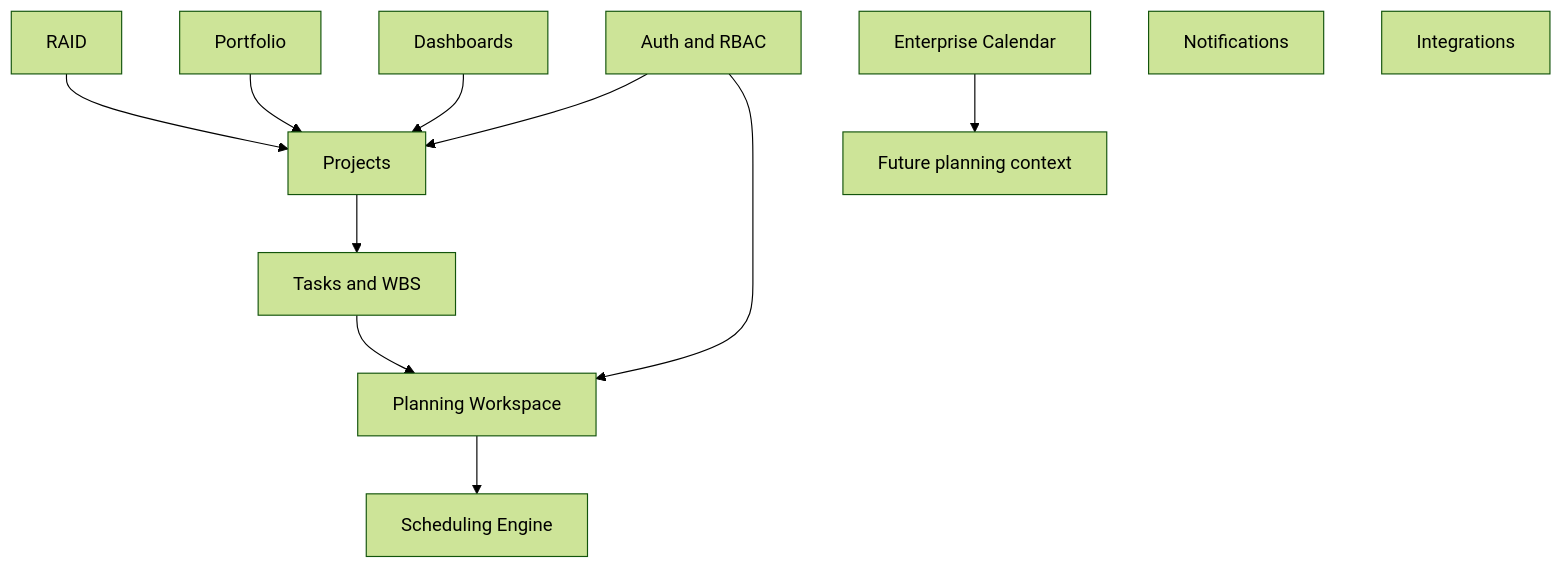
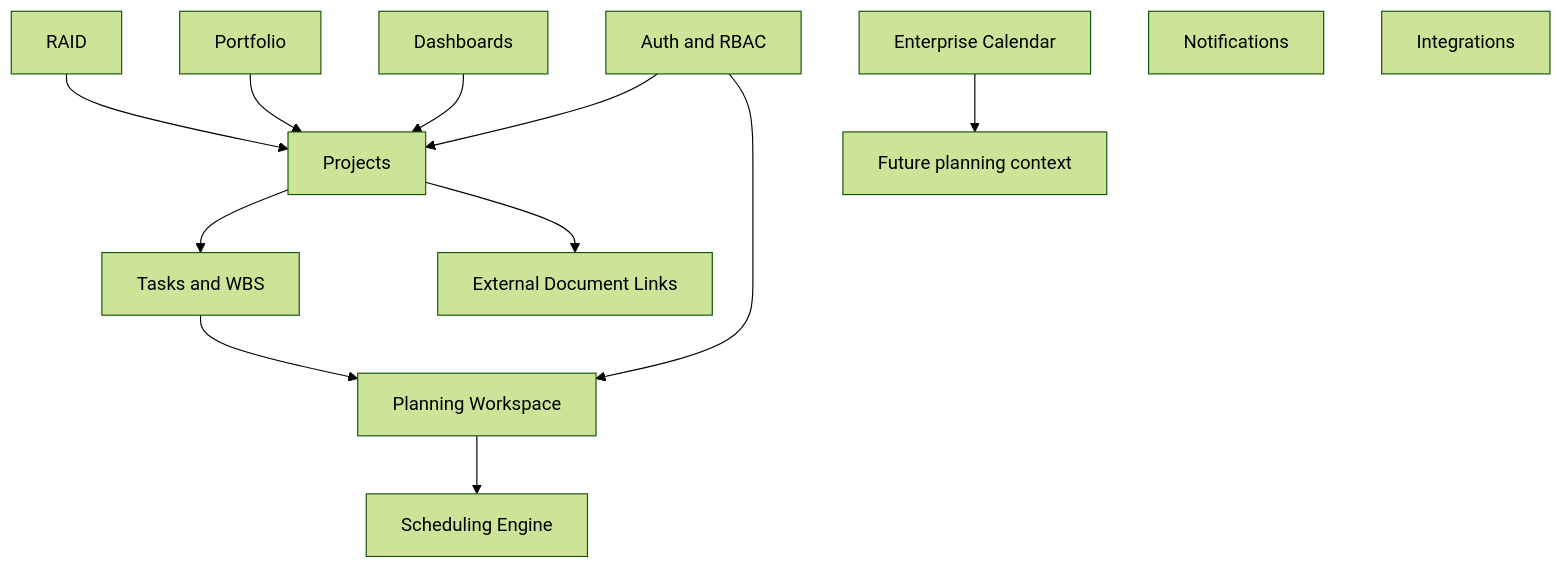
Before and after one commit to drraju/pm-platform: the second of 3 diagrams in docs/architecture/01-SYSTEM-ARCHITECTURE.md, drawn with Mermaid (forest theme). The commit also changed other lines of this file and 95 other files, not shown here.

Commit message:
feat(documents): introduce provider-independent external document architecture

````diff
--- a/docs/architecture/01-SYSTEM-ARCHITECTURE.md
+++ b/docs/architecture/01-SYSTEM-ARCHITECTURE.md
@@ -30,24 +30,26 @@
 ```mermaid
 flowchart TB
   Auth[Auth and RBAC]
   Projects[Projects]
   Tasks[Tasks and WBS]
   Planning[Planning Workspace]
   Scheduling[Scheduling Engine]
   Calendar[Enterprise Calendar]
   RAID[RAID]
   Portfolio[Portfolio]
   Dashboard[Dashboards]
   Notifications[Notifications]
+  Documents[External Document Links]
   Integrations[Integrations]
 
   Projects --> Tasks
   Tasks --> Planning
   Planning --> Scheduling
   Calendar --> PlanningContext[Future planning context]
   RAID --> Projects
   Portfolio --> Projects
   Dashboard --> Projects
   Auth --> Projects
   Auth --> Planning
+  Projects --> Documents
 ```
````
